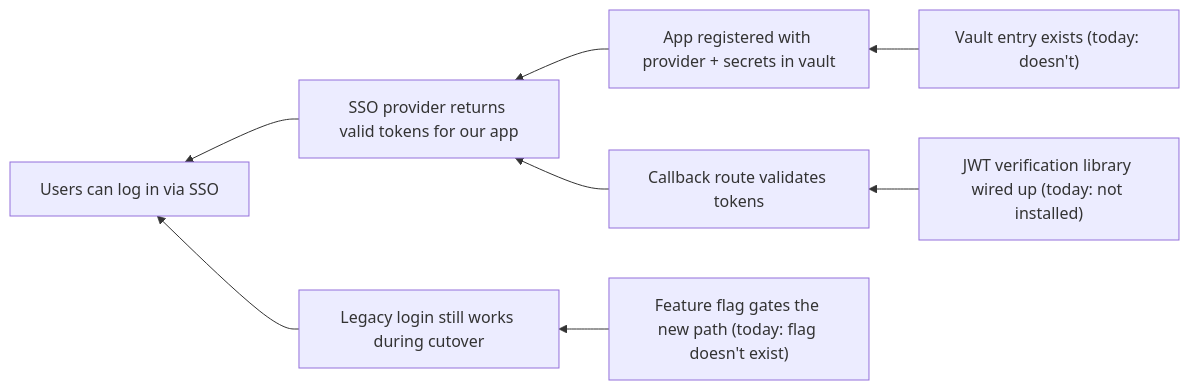
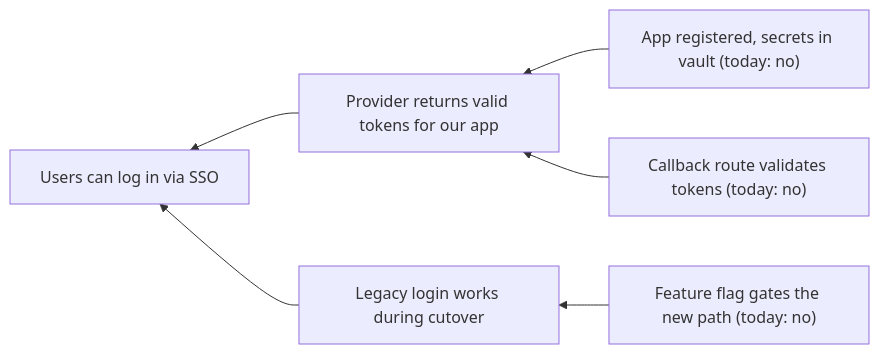
The diagram in backward-planning/SKILL.md (epatel/agent-skills), drawn with Mermaid before and after one commit. The commit also changed other lines of this file and 3 other files, not shown here.

````diff
--- a/backward-planning/SKILL.md
+++ b/backward-planning/SKILL.md
@@ -50,11 +25,9 @@
 ```mermaid
 graph RL
     S["Users can log in via SSO"]
-    T["SSO provider returns valid tokens for our app"] --> S
-    L["Legacy login still works during cutover"] --> S
-    R["App registered with provider + secrets in vault"] --> T
-    C["Callback route validates tokens"] --> T
-    V["Vault entry exists (today: doesn't)"] --> R
-    J["JWT verification library wired up (today: not installed)"] --> C
-    F["Feature flag gates the new path (today: flag doesn't exist)"] --> L
+    T["Provider returns valid tokens for our app"] --> S
+    L["Legacy login works during cutover"] --> S
+    R["App registered, secrets in vault (today: no)"] --> T
+    C["Callback route validates tokens (today: no)"] --> T
+    F["Feature flag gates the new path (today: no)"] --> L
 ```
````
